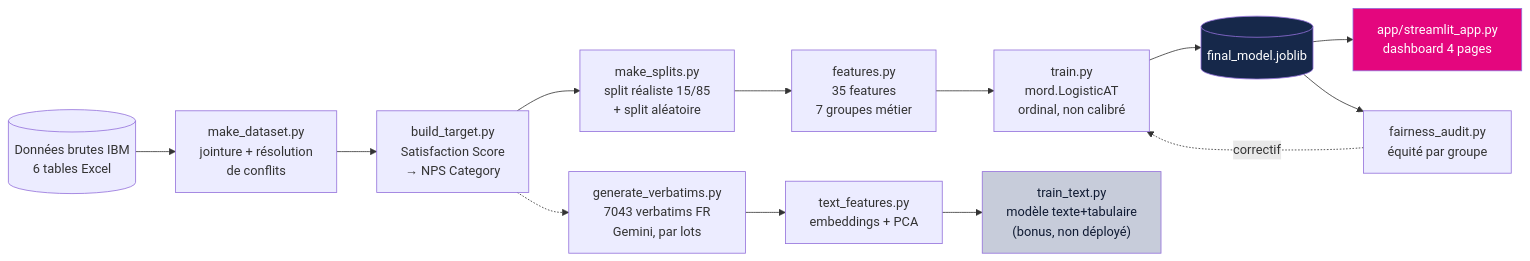
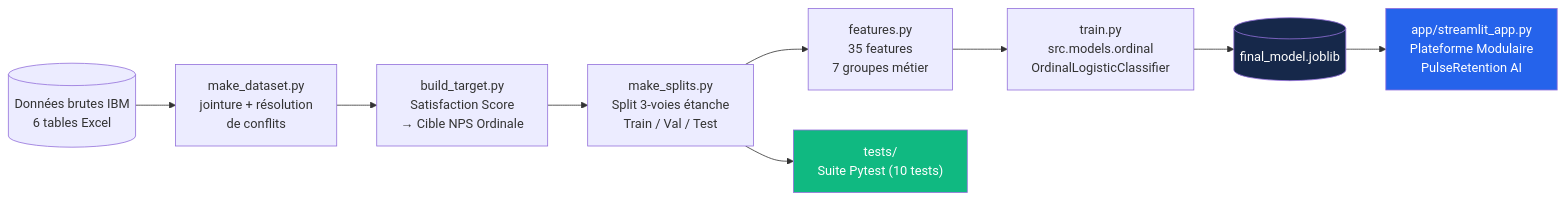
The diagram in DOCUMENTATION.md (grimael/NPS_Project), drawn with Mermaid before and after one commit. The commit also changed other lines of this file and 39 other files, not shown here.

Commit message:
feat: upgrade to TelcoPulse AI platform with leak-free 3-way split, prescriptive retention tools, and test suite

````diff
--- a/DOCUMENTATION.md
+++ b/DOCUMENTATION.md
@@ -109,19 +70,15 @@
 ```mermaid
 flowchart LR
     A[("Données brutes IBM<br/>6 tables Excel")] --> B["make_dataset.py<br/>jointure + résolution<br/>de conflits"]
-    B --> C["build_target.py<br/>Satisfaction Score<br/>→ NPS Category"]
-    C --> D["make_splits.py<br/>split réaliste 15/85<br/>+ split aléatoire"]
+    B --> C["build_target.py<br/>Satisfaction Score<br/>→ Cible NPS Ordinale"]
+    C --> D["make_splits.py<br/>Split 3-voies étanche<br/>Train / Val / Test"]
     D --> E["features.py<br/>35 features<br/>7 groupes métier"]
-    E --> F["train.py<br/>mord.LogisticAT<br/>ordinal, non calibré"]
+    E --> F["train.py<br/>src.models.ordinal<br/>OrdinalLogisticClassifier"]
     F --> G[("final_model.joblib")]
-    G --> H["app/streamlit_app.py<br/>dashboard 4 pages"]
-    C -.-> I["generate_verbatims.py<br/>7043 verbatims FR<br/>Gemini, par lots"]
-    I --> J["text_features.py<br/>embeddings + PCA"]
-    J --> K["train_text.py<br/>modèle texte+tabulaire<br/>(bonus, non déployé)"]
-    G --> L["fairness_audit.py<br/>équité par groupe"]
-    L -.correctif.-> F
+    G --> H["app/streamlit_app.py<br/>Plateforme Modulaire<br/>PulseRetention AI"]
+    D --> I["tests/<br/>Suite Pytest (10 tests)"]
 
     style G fill:#16284A,color:#fff
-    style H fill:#E4067E,color:#fff
-    style K fill:#C7CCDA,color:#101B33
+    style H fill:#2563EB,color:#fff
+    style I fill:#10B981,color:#fff
 ```
````
